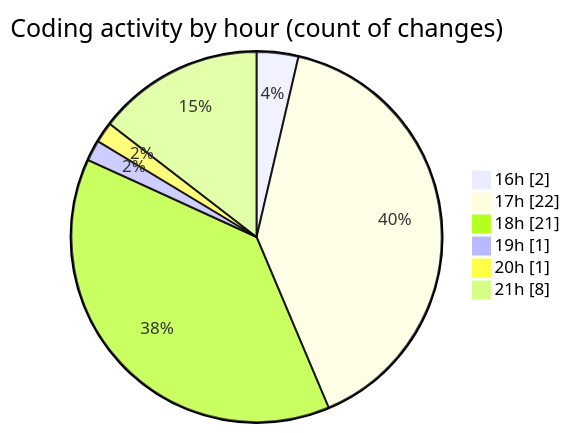
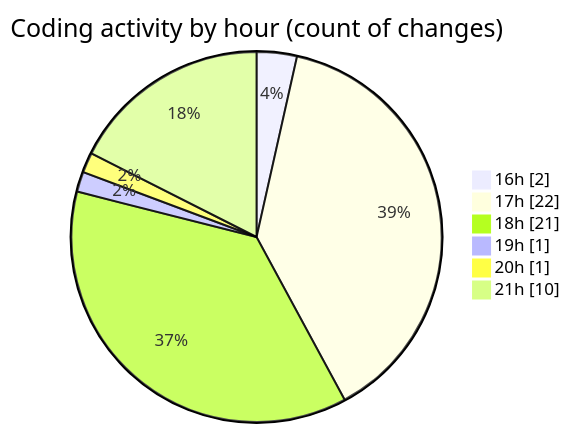
Before and after one commit to Elitesun/code-tracking: the second of 2 diagrams in 2025-01-24/react/README.md, drawn with Mermaid. The commit also changed other lines of this file and 1 other file, not shown here.

````diff
--- a/2025-01-24/react/README.md
+++ b/2025-01-24/react/README.md
@@ -39,10 +39,10 @@
 ```mermaid
 pie showData
 title Coding activity by hour (count of changes)
 "16h" : 2
 "17h" : 22
 "18h" : 21
 "19h" : 1
 "20h" : 1
-"21h" : 8
+"21h" : 10
 ```
````
